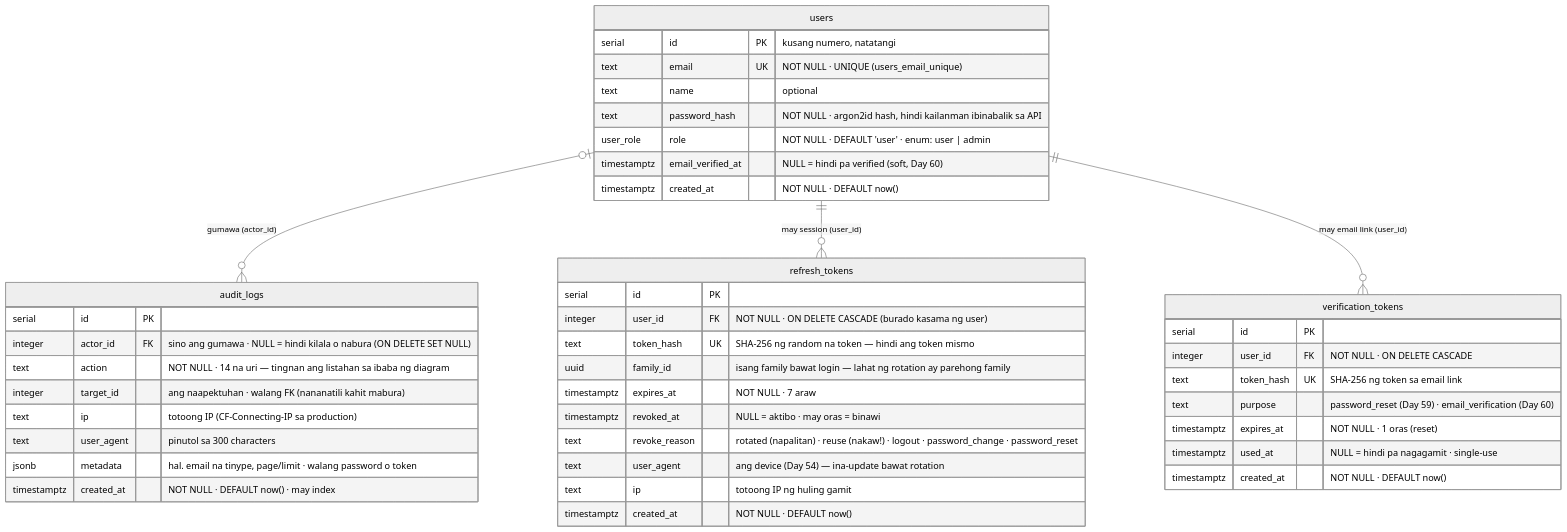
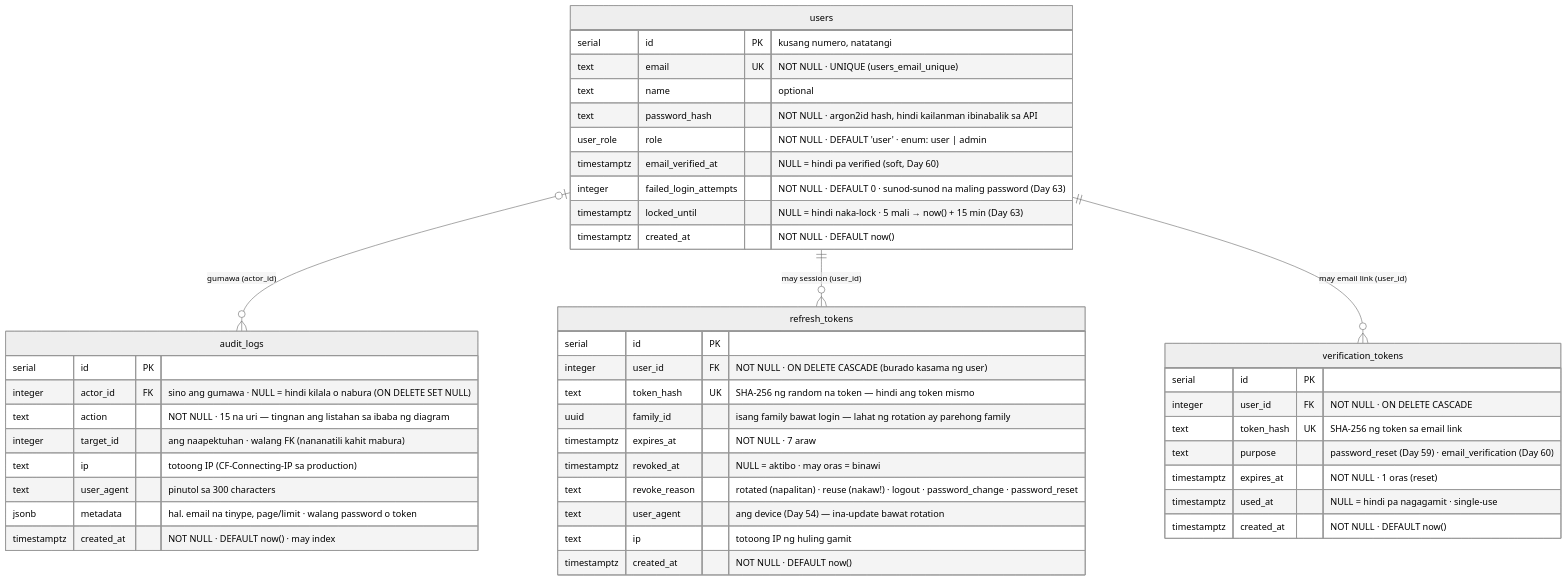
The first of 2 diagrams in docs/diagrams/02-er-diagram.md (nelson1869-ai/auth-learning), drawn with Mermaid (neutral theme) before and after one commit. The commit also changed other lines of this file and 8 other files, not shown here.

First line of the commit message:
docs: Day 63 lockout .http, login-flow and ER diagrams, journal

````diff
--- a/docs/diagrams/02-er-diagram.md
+++ b/docs/diagrams/02-er-diagram.md
@@ -13,46 +13,48 @@
 ```mermaid
 erDiagram
     users {
         serial id PK "kusang numero, natatangi"
         text email UK "NOT NULL · UNIQUE (users_email_unique)"
         text name "optional"
         text password_hash "NOT NULL · argon2id hash, hindi kailanman ibinabalik sa API"
         user_role role "NOT NULL · DEFAULT 'user' · enum: user | admin"
         timestamptz email_verified_at "NULL = hindi pa verified (soft, Day 60)"
+        integer failed_login_attempts "NOT NULL · DEFAULT 0 · sunod-sunod na maling password (Day 63)"
+        timestamptz locked_until "NULL = hindi naka-lock · 5 mali → now() + 15 min (Day 63)"
         timestamptz created_at "NOT NULL · DEFAULT now()"
     }
     audit_logs {
         serial id PK
         integer actor_id FK "sino ang gumawa · NULL = hindi kilala o nabura (ON DELETE SET NULL)"
-        text action "NOT NULL · 14 na uri — tingnan ang listahan sa ibaba ng diagram"
+        text action "NOT NULL · 15 na uri — tingnan ang listahan sa ibaba ng diagram"
         integer target_id "ang naapektuhan · walang FK (nananatili kahit mabura)"
         text ip "totoong IP (CF-Connecting-IP sa production)"
         text user_agent "pinutol sa 300 characters"
         jsonb metadata "hal. email na tinype, page/limit · walang password o token"
         timestamptz created_at "NOT NULL · DEFAULT now() · may index"
     }
     refresh_tokens {
         serial id PK
         integer user_id FK "NOT NULL · ON DELETE CASCADE (burado kasama ng user)"
         text token_hash UK "SHA-256 ng random na token — hindi ang token mismo"
         uuid family_id "isang family bawat login — lahat ng rotation ay parehong family"
         timestamptz expires_at "NOT NULL · 7 araw"
         timestamptz revoked_at "NULL = aktibo · may oras = binawi"
         text revoke_reason "rotated (napalitan) · reuse (nakaw!) · logout · password_change · password_reset"
         text user_agent "ang device (Day 54) — ina-update bawat rotation"
         text ip "totoong IP ng huling gamit"
         timestamptz created_at "NOT NULL · DEFAULT now()"
     }
     users |o--o{ audit_logs : "gumawa (actor_id)"
     verification_tokens {
         serial id PK
         integer user_id FK "NOT NULL · ON DELETE CASCADE"
         text token_hash UK "SHA-256 ng token sa email link"
         text purpose "password_reset (Day 59) · email_verification (Day 60)"
         timestamptz expires_at "NOT NULL · 1 oras (reset)"
         timestamptz used_at "NULL = hindi pa nagagamit · single-use"
         timestamptz created_at "NOT NULL · DEFAULT now()"
     }
     users ||--o{ refresh_tokens : "may session (user_id)"
     users ||--o{ verification_tokens : "may email link (user_id)"
 ```
````
